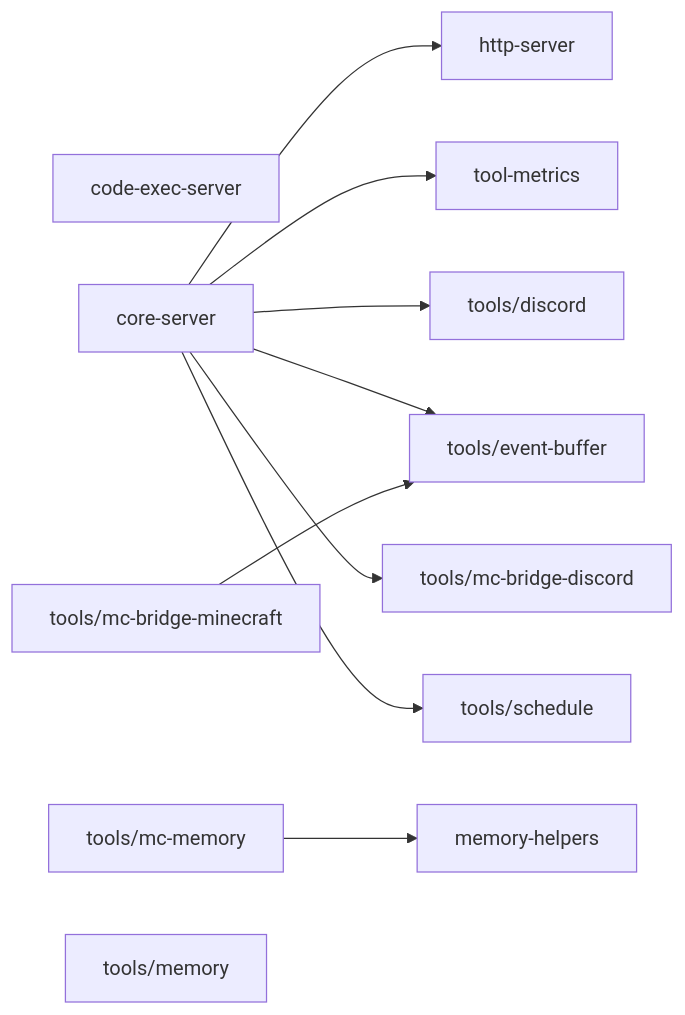
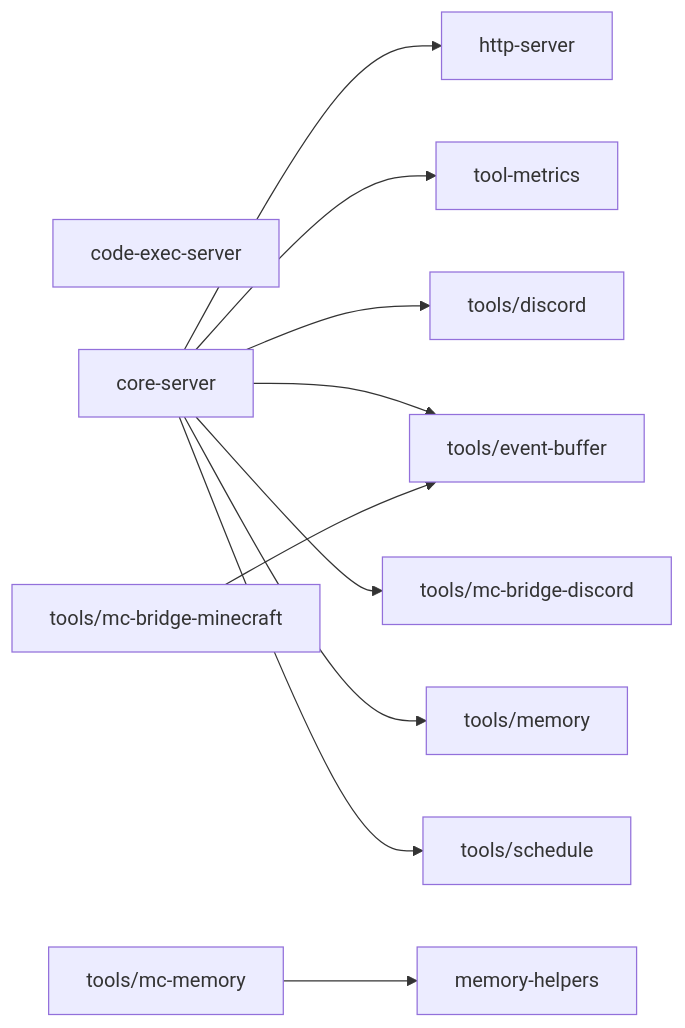
One commit to OJII3/vicissitude changed the diagram in packages/mcp/DEPS.md. Above: the diagram before and after it, drawn with Mermaid. The commit also changed other lines of this file and 49 other files, not shown here.

````diff
--- a/packages/mcp/DEPS.md
+++ b/packages/mcp/DEPS.md
@@ -7,20 +7,21 @@
 ```mermaid
 graph LR
   code_exec_server["code-exec-server"]
   core_server["core-server"] --> http_server["http-server"]
   core_server["core-server"] --> tool_metrics["tool-metrics"]
   core_server["core-server"] --> tools_discord["tools/discord"]
   core_server["core-server"] --> tools_event_buffer["tools/event-buffer"]
   core_server["core-server"] --> tools_mc_bridge_discord["tools/mc-bridge-discord"]
+  core_server["core-server"] --> tools_memory["tools/memory"]
   core_server["core-server"] --> tools_schedule["tools/schedule"]
   http_server["http-server"]
   memory_helpers["memory-helpers"]
   tool_metrics["tool-metrics"]
   tools_discord["tools/discord"]
   tools_event_buffer["tools/event-buffer"]
   tools_mc_bridge_discord["tools/mc-bridge-discord"]
   tools_mc_bridge_minecraft["tools/mc-bridge-minecraft"] --> tools_event_buffer["tools/event-buffer"]
   tools_mc_memory["tools/mc-memory"] --> memory_helpers["memory-helpers"]
   tools_memory["tools/memory"]
   tools_schedule["tools/schedule"]
 ```
````
